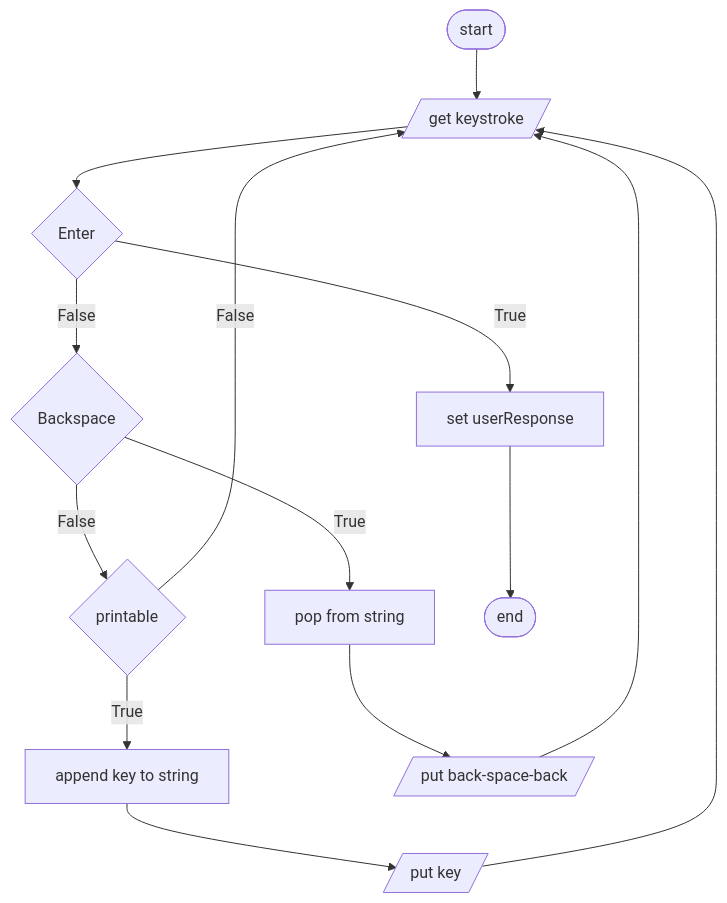
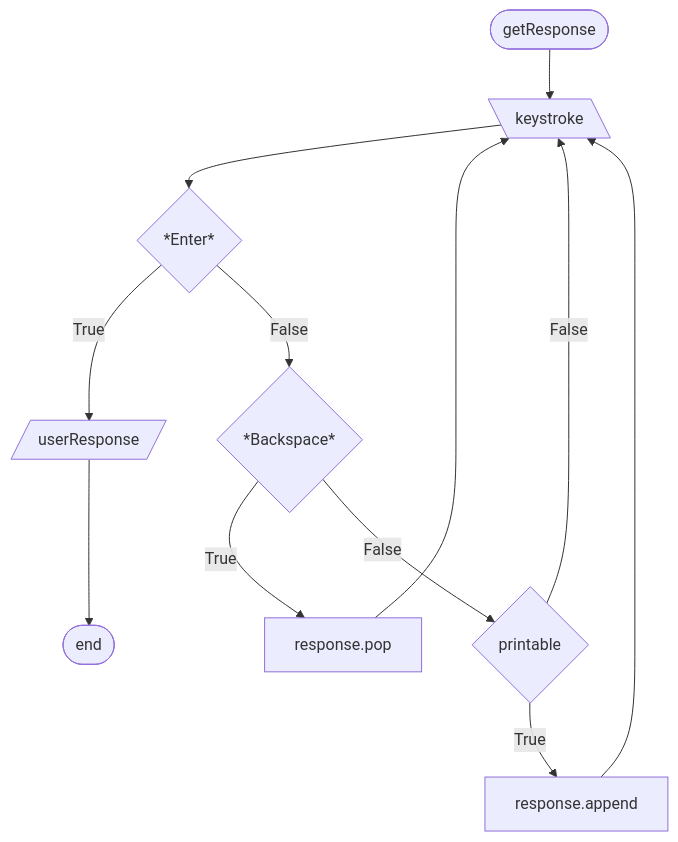
The ninth of 14 diagrams in scripts/console/design.md (7s4e/p3), drawn with Mermaid before and after one commit. The commit also changed other lines of this file, not shown here.

Commit message:
draw readString

````diff
--- a/scripts/console/design.md
+++ b/scripts/console/design.md
@@ -246,27 +246,23 @@
 ```mermaid
 flowchart TB
-    STR([start])
-        STR --> GET
-    ADD[append key to string]
-        ADD --> PUTK
-    BCK{Backspace}
-        BCK -- True --> POP
-        BCK -- False --> PNT
-    ENT{Enter}
-        ENT -- True --> SET
-        ENT -- False --> BCK
-    GET[/get keystroke/]
-        GET --> ENT
-    PNT{printable}
-        PNT -- True --> ADD
-        PNT -- False --> GET
-    POP[pop from string]
-        POP --> PUTP
-    PUTK[/put key/]
-        PUTK --> GET
-    PUTP[/put back-space-back/]
-        PUTP --> GET
-    SET[set userResponse]
-        SET --> END
-    END([end])
+    GRES([getResponse])
+        GRES --> GKEY
+    GKEY[\keystroke\]
+        GKEY          --> ENTR
+        PRNT -- False --> GKEY
+        RPOP          --> GKEY
+        RADD          --> GKEY
+    ENTR{*Enter*}
+        ENTR -- True  --> WRES
+        ENTR -- False --> BKSP
+    BKSP{*Backspace*}
+        BKSP -- True  --> RPOP
+        BKSP -- False --> PRNT
+    PRNT{printable}
+        PRNT -- True --> RADD
+    RPOP[response.pop]
+    RADD[response.append]
+    WRES[/userResponse/]
+        WRES --> TEND
+    TEND([end])
 ```
````
